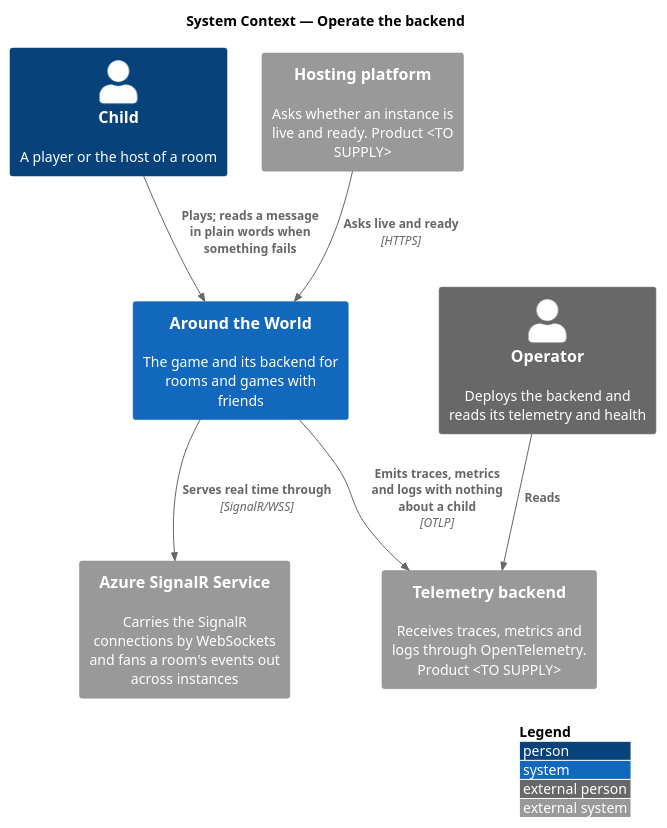
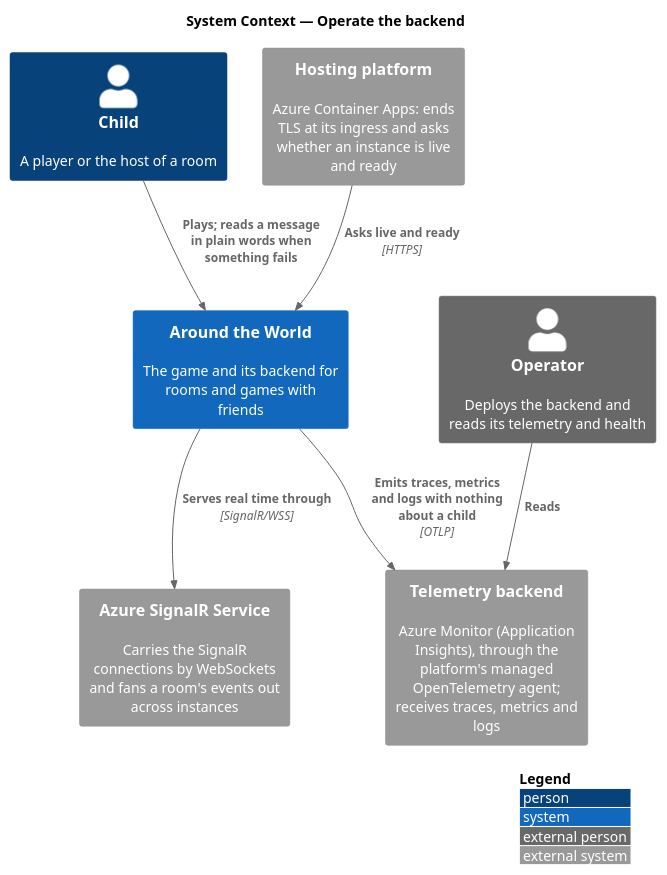
Before and after one commit to QuinntyneBrown/around-the-world: the diagram in docs/detailed-designs/platform/operate-backend/diagrams/c4-context.puml, drawn with PlantUML. The commit also changed 11 other files, not shown here.

First line of the commit message:
Journey 17: bring the designs and their diagrams in line with what was built

```diff
--- a/docs/detailed-designs/platform/operate-backend/diagrams/c4-context.puml
+++ b/docs/detailed-designs/platform/operate-backend/diagrams/c4-context.puml
@@ -1,18 +1,18 @@
 @startuml
 !include <C4/C4_Context>
 LAYOUT_WITH_LEGEND()
 title System Context — Operate the backend
 
 Person(child, "Child", "A player or the host of a room")
 Person_Ext(operator, "Operator", "Deploys the backend and reads its telemetry and health")
 System(atw, "Around the World", "The game and its backend for rooms and games with friends")
 System_Ext(signalr, "Azure SignalR Service", "Carries the SignalR connections by WebSockets and fans a room's events out across instances")
-System_Ext(otel, "Telemetry backend", "Receives traces, metrics and logs through OpenTelemetry. Product <TO SUPPLY>")
-System_Ext(probe, "Hosting platform", "Asks whether an instance is live and ready. Product <TO SUPPLY>")
+System_Ext(otel, "Telemetry backend", "Azure Monitor (Application Insights), through the platform's managed OpenTelemetry agent; receives traces, metrics and logs")
+System_Ext(probe, "Hosting platform", "Azure Container Apps: ends TLS at its ingress and asks whether an instance is live and ready")
 
 Rel(child, atw, "Plays; reads a message in plain words when something fails")
 Rel(atw, signalr, "Serves real time through", "SignalR/WSS")
 Rel(atw, otel, "Emits traces, metrics and logs with nothing about a child", "OTLP")
 Rel(probe, atw, "Asks live and ready", "HTTPS")
 Rel(operator, otel, "Reads")
 @enduml
```
